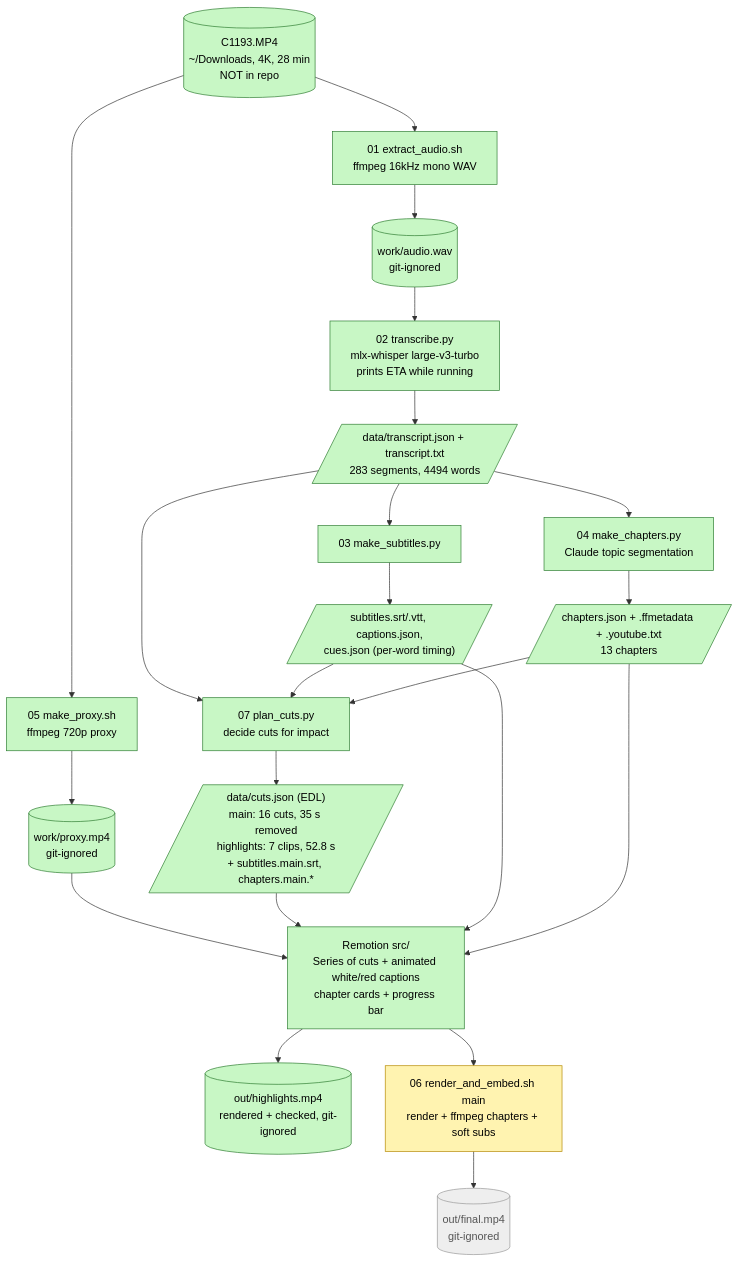
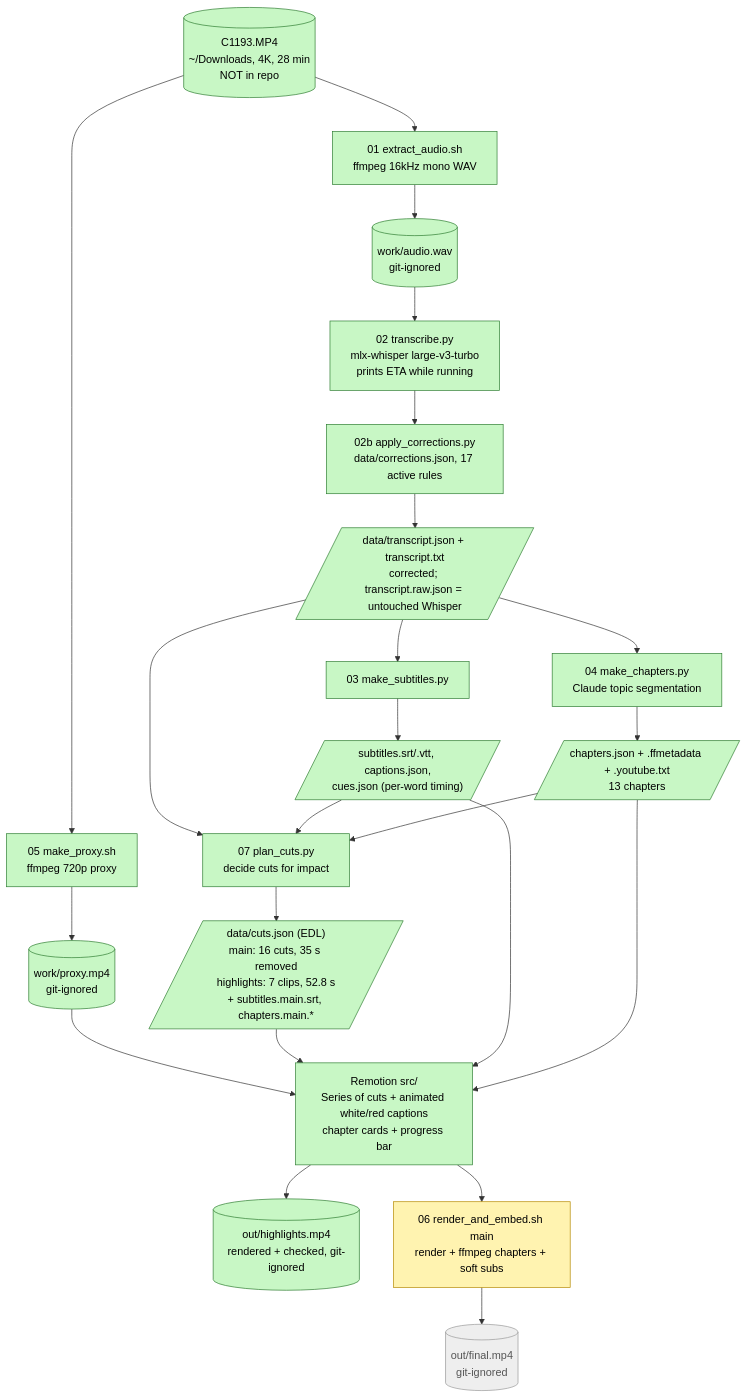
Before and after one commit to rifaterdemsahin/2026-W46_Delivery_Pilot_Interview: the diagram in README.md, drawn with Mermaid. The commit also changed other lines of this file and 20 other files, not shown here.

Commit message:
Apply transcript corrections via data/corrections.json; record speakers; regenerate subtitles, chapters, cuts

````diff
--- a/README.md
+++ b/README.md
@@ -13,39 +13,40 @@
 ```mermaid
 flowchart TD
     SRC[("C1193.MP4<br/>~/Downloads, 4K, 28 min<br/>NOT in repo")]:::done
     S1["01 extract_audio.sh<br/>ffmpeg 16kHz mono WAV"]:::done
     WAV[("work/audio.wav<br/>git-ignored")]:::done
     S2["02 transcribe.py<br/>mlx-whisper large-v3-turbo<br/>prints ETA while running"]:::done
-    TJ[/"data/transcript.json + transcript.txt<br/>283 segments, 4494 words"/]:::done
+    FIX["02b apply_corrections.py<br/>data/corrections.json, 17 active rules"]:::done
+    TJ[/"data/transcript.json + transcript.txt<br/>corrected; transcript.raw.json = untouched Whisper"/]:::done
     S3["03 make_subtitles.py"]:::done
     SUB[/"subtitles.srt/.vtt, captions.json,<br/>cues.json (per-word timing)"/]:::done
     S4["04 make_chapters.py<br/>Claude topic segmentation"]:::done
     CH[/"chapters.json + .ffmetadata + .youtube.txt<br/>13 chapters"/]:::done
     S7["07 plan_cuts.py<br/>decide cuts for impact"]:::done
     EDL[/"data/cuts.json (EDL)<br/>main: 16 cuts, 35 s removed<br/>highlights: 7 clips, 52.8 s<br/>+ subtitles.main.srt, chapters.main.*"/]:::done
     S5["05 make_proxy.sh<br/>ffmpeg 720p proxy"]:::done
     PX[("work/proxy.mp4<br/>git-ignored")]:::done
     RM["Remotion src/<br/>Series of cuts + animated white/red captions<br/>chapter cards + progress bar"]:::done
     HL[("out/highlights.mp4<br/>rendered + checked, git-ignored")]:::done
     S6["06 render_and_embed.sh main<br/>render + ffmpeg chapters + soft subs"]:::wip
     OUT[("out/final.mp4<br/>git-ignored")]:::todo
 
-    SRC --> S1 --> WAV --> S2 --> TJ
+    SRC --> S1 --> WAV --> S2 --> FIX --> TJ
     TJ --> S3 --> SUB
     TJ --> S4 --> CH
     TJ --> S7
     SUB --> S7
     CH --> S7
     S7 --> EDL
     SRC --> S5 --> PX
     PX --> RM
     EDL --> RM
     SUB --> RM
     CH --> RM
     RM --> HL
     RM --> S6 --> OUT
 
     classDef done fill:#c8f7c5,stroke:#2e7d32,color:#000
     classDef wip fill:#fff3b0,stroke:#b58900,color:#000
     classDef todo fill:#eee,stroke:#999,color:#555
 ```
````
